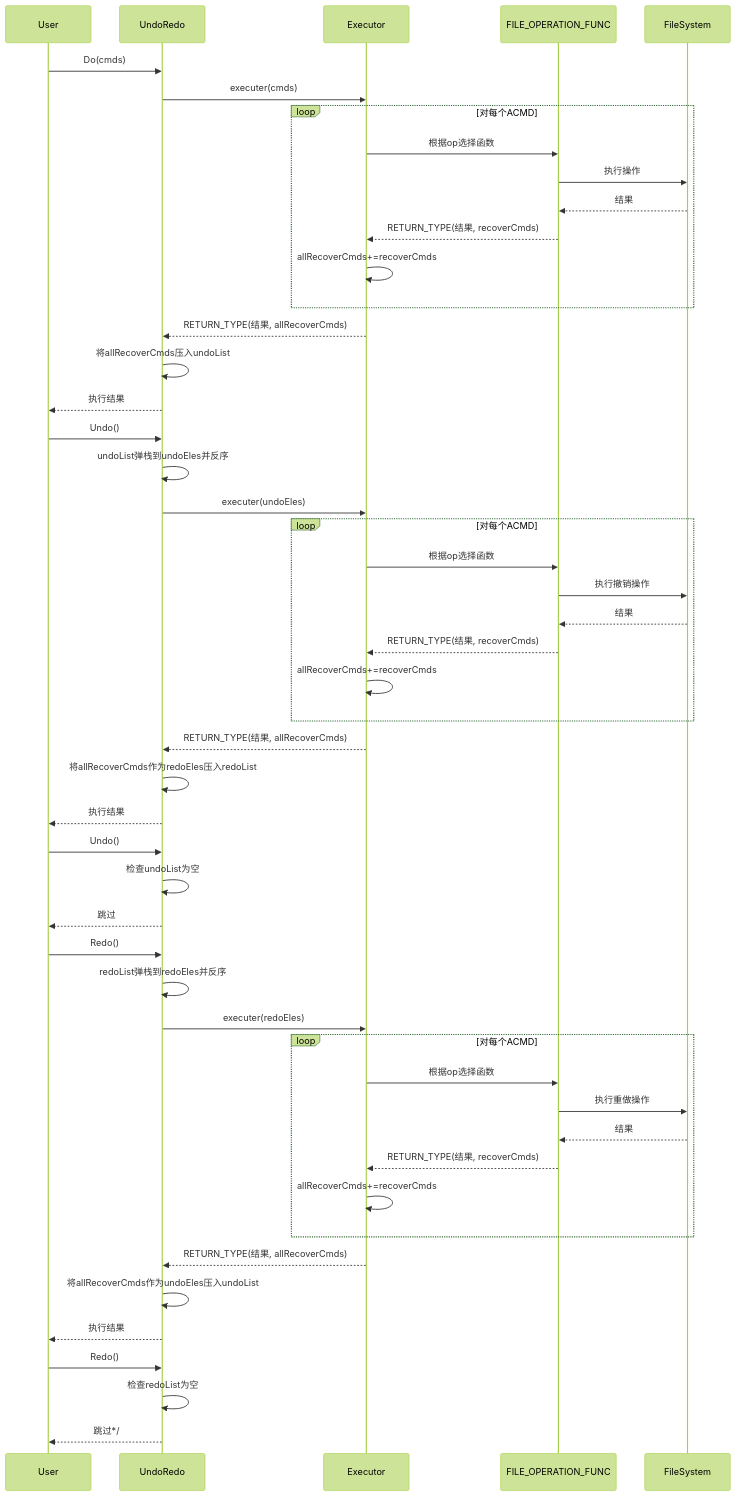
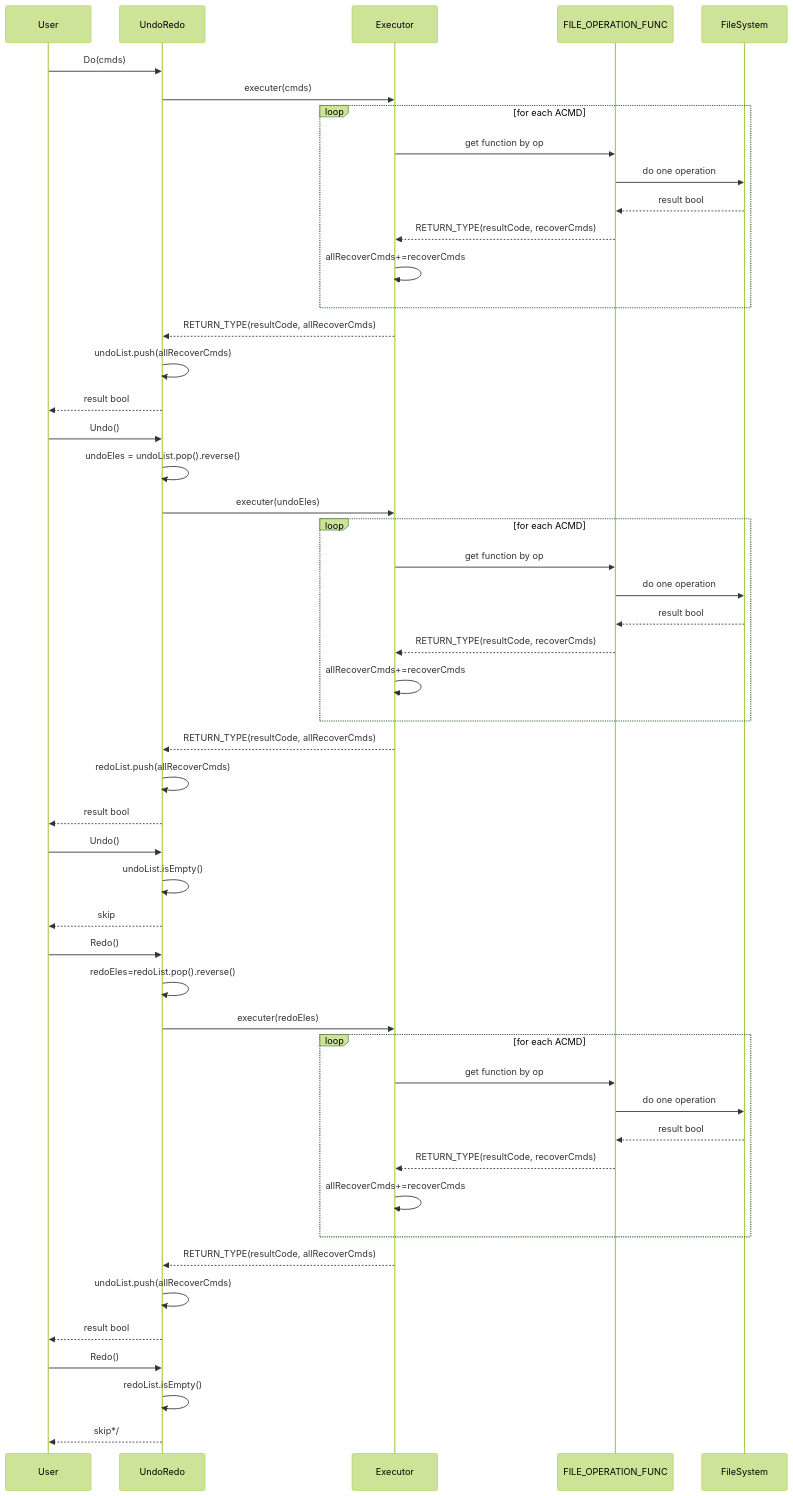
One commit to CostaHector/FileXplorer changed the diagram in readme.md. Above: the diagram before and after it, drawn with Mermaid (forest theme). The commit also changed other lines of this file and 81 other files, not shown here.

````diff
--- a/readme.md
+++ b/readme.md
@@ -219,59 +225,59 @@
 ```mermaid
 sequenceDiagram
     participant User
     participant UndoRedo
     participant Executor
     participant FILE_OPERATION_FUNC
     participant FileSystem
 
     User->>UndoRedo: Do(cmds)
     UndoRedo->>Executor: executer(cmds)
-    loop 对每个ACMD
-        Executor->>FILE_OPERATION_FUNC: 根据op选择函数
-        FILE_OPERATION_FUNC->>FileSystem: 执行操作
-        FileSystem-->>FILE_OPERATION_FUNC: 结果
-        FILE_OPERATION_FUNC-->>Executor: RETURN_TYPE(结果, recoverCmds)
+    loop for each ACMD
+        Executor->>FILE_OPERATION_FUNC: get function by op
+        FILE_OPERATION_FUNC->>FileSystem: do one operation
+        FileSystem-->>FILE_OPERATION_FUNC: result bool
+        FILE_OPERATION_FUNC-->>Executor: RETURN_TYPE(resultCode, recoverCmds)
         Executor->>Executor: allRecoverCmds+=recoverCmds
     end
 
-    Executor-->>UndoRedo: RETURN_TYPE(结果, allRecoverCmds)
-    UndoRedo->>UndoRedo: 将allRecoverCmds压入undoList
-    UndoRedo-->>User: 执行结果
+    Executor-->>UndoRedo: RETURN_TYPE(resultCode, allRecoverCmds)
+    UndoRedo->>UndoRedo: undoList.push(allRecoverCmds)
+    UndoRedo-->>User: result bool
 
     User->>UndoRedo: Undo()
-    UndoRedo->>UndoRedo: undoList弹栈到undoEles并反序
+    UndoRedo->>UndoRedo: undoEles = undoList.pop().reverse()
     UndoRedo->>Executor: executer(undoEles)
-    loop 对每个ACMD
-        Executor->>FILE_OPERATION_FUNC: 根据op选择函数
-        FILE_OPERATION_FUNC->>FileSystem: 执行撤销操作
-        FileSystem-->>FILE_OPERATION_FUNC: 结果
-        FILE_OPERATION_FUNC-->>Executor: RETURN_TYPE(结果, recoverCmds)
+    loop for each ACMD
+        Executor->>FILE_OPERATION_FUNC: get function by op
+        FILE_OPERATION_FUNC->>FileSystem: do one operation
+        FileSystem-->>FILE_OPERATION_FUNC: result bool
+        FILE_OPERATION_FUNC-->>Executor: RETURN_TYPE(resultCode, recoverCmds)
         Executor->>Executor: allRecoverCmds+=recoverCmds
     end
 
-    Executor-->>UndoRedo: RETURN_TYPE(结果, allRecoverCmds)
-    UndoRedo->>UndoRedo: 将allRecoverCmds作为redoEles压入redoList
-    UndoRedo-->>User: 执行结果
+    Executor-->>UndoRedo: RETURN_TYPE(resultCode, allRecoverCmds)
+    UndoRedo->>UndoRedo: redoList.push(allRecoverCmds)
+    UndoRedo-->>User: result bool
 
     User->>UndoRedo: Undo()
-    UndoRedo->>UndoRedo: 检查undoList为空
-    UndoRedo-->>User: 跳过
+    UndoRedo->>UndoRedo: undoList.isEmpty()
+    UndoRedo-->>User: skip
 
     User->>UndoRedo: Redo()
-    UndoRedo->>UndoRedo: redoList弹栈到redoEles并反序
+    UndoRedo->>UndoRedo: redoEles=redoList.pop().reverse()
     UndoRedo->>Executor: executer(redoEles)
-    loop 对每个ACMD
-        Executor->>FILE_OPERATION_FUNC: 根据op选择函数
-        FILE_OPERATION_FUNC->>FileSystem: 执行重做操作
-        FileSystem-->>FILE_OPERATION_FUNC: 结果
-        FILE_OPERATION_FUNC-->>Executor: RETURN_TYPE(结果, recoverCmds)
+    loop for each ACMD
+        Executor->>FILE_OPERATION_FUNC: get function by op
+        FILE_OPERATION_FUNC->>FileSystem: do one operation
+        FileSystem-->>FILE_OPERATION_FUNC: result bool
+        FILE_OPERATION_FUNC-->>Executor: RETURN_TYPE(resultCode, recoverCmds)
         Executor->>Executor: allRecoverCmds+=recoverCmds
     end
 
-    Executor-->>UndoRedo: RETURN_TYPE(结果, allRecoverCmds)
-    UndoRedo->>UndoRedo: 将allRecoverCmds作为undoEles压入undoList
-    UndoRedo-->>User: 执行结果
+    Executor-->>UndoRedo: RETURN_TYPE(resultCode, allRecoverCmds)
+    UndoRedo->>UndoRedo: undoList.push(allRecoverCmds)
+    UndoRedo-->>User: result bool
     User->>UndoRedo: Redo()
-    UndoRedo->>UndoRedo: 检查redoList为空
-    UndoRedo-->>User: 跳过*/
+    UndoRedo->>UndoRedo: redoList.isEmpty()
+    UndoRedo-->>User: skip*/
 ```
````
